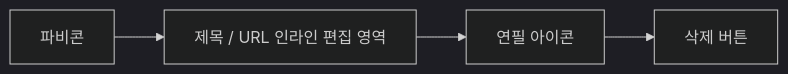
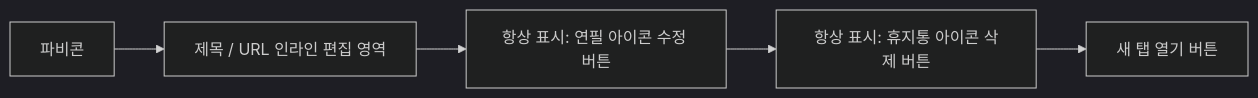
Before and after one commit to olivesch/my-link: the seventh of 13 diagrams in docs/Wireframe.md, drawn with Mermaid (dark theme). The commit also changed other lines of this file and 6 other files, not shown here.

````diff
--- a/docs/Wireframe.md
+++ b/docs/Wireframe.md
@@ -161,11 +167,13 @@
 ```mermaid
 flowchart LR
   Favicon["파비콘"]
   Content["제목 / URL 인라인 편집 영역"]
-  Edit["연필 아이콘"]
-  Delete["삭제 버튼"]
+  Edit["항상 표시: 연필 아이콘 수정 버튼"]
+  Delete["항상 표시: 휴지통 아이콘 삭제 버튼"]
+  Open["새 탭 열기 버튼"]
 
   Favicon --> Content
   Content --> Edit
   Edit --> Delete
+  Delete --> Open
 ```
````
